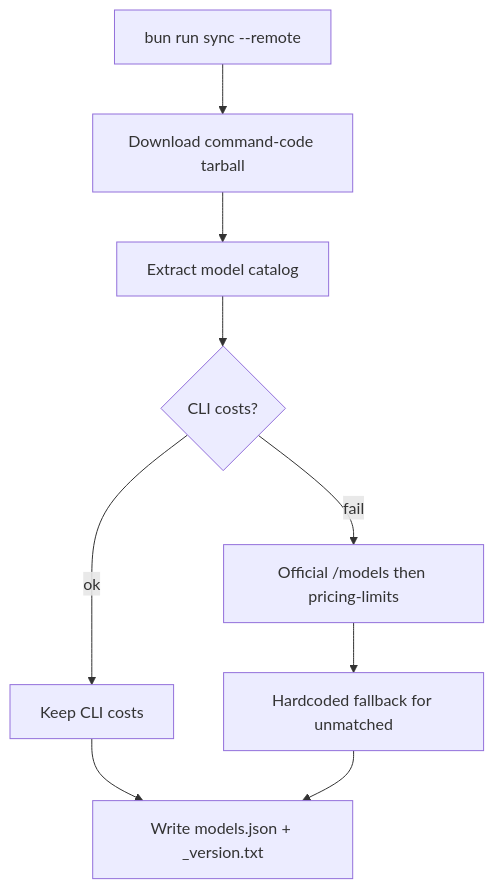
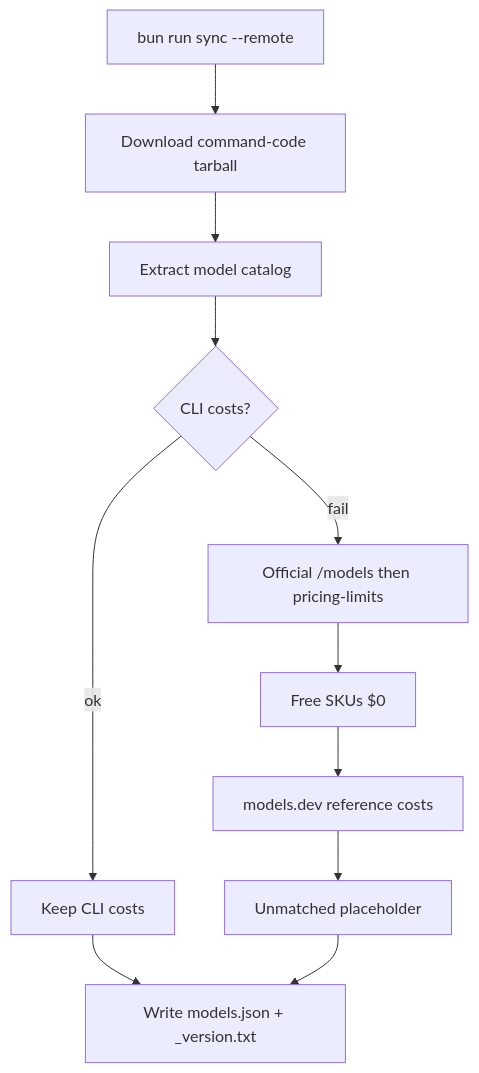
The second of 2 diagrams in docs/2026-08-28-unblock-catalog/spec.md (BrainerVirus/opencode-commandcode), drawn with Mermaid before and after one commit. The commit also changed other lines of this file and 39 other files, not shown here.

````diff
--- a/docs/2026-08-28-unblock-catalog/spec.md
+++ b/docs/2026-08-28-unblock-catalog/spec.md
@@ -48,11 +49,13 @@
 ```mermaid
 flowchart TD
   sync[bun run sync --remote] --> tarball[Download command-code tarball]
   tarball --> models2[Extract model catalog]
   models2 --> cliCosts{CLI costs?}
   cliCosts -->|ok| keep[Keep CLI costs]
   cliCosts -->|fail| docs[Official /models then pricing-limits]
-  docs --> fallback[Hardcoded fallback for unmatched]
+  docs --> free[Free SKUs $0]
+  free --> modelsDev[models.dev reference costs]
+  modelsDev --> fallback[Unmatched placeholder]
   keep --> write[Write models.json + _version.txt]
   fallback --> write
 ```
````
